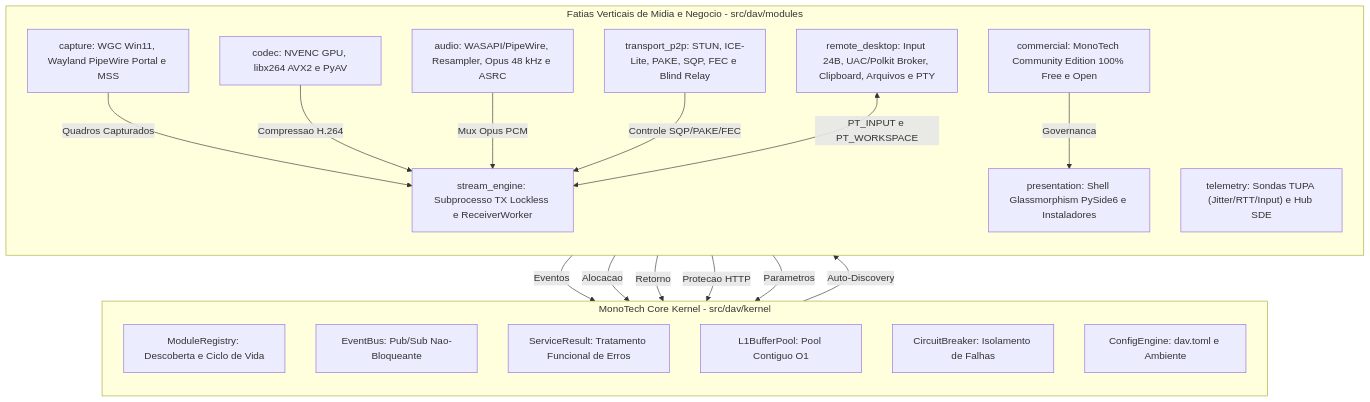
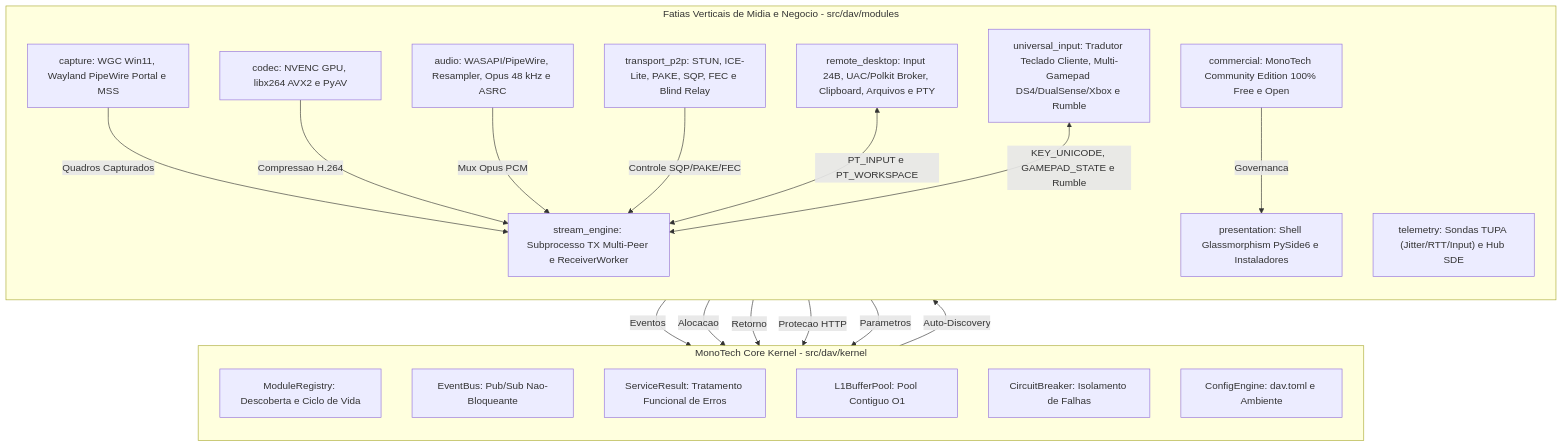
One commit to DanteFerraz/DA-V__Distribuidor_Aamplo-Video changed the first of 3 diagrams in README.md. Above: the diagram before and after it, drawn with Mermaid. The commit also changed other lines of this file and 44 other files, not shown here.

First line of the commit message:
feat(universal-input): lancar universalizador de entradas v5.1.0

````diff
--- a/README.md
+++ b/README.md
@@ -37,38 +37,40 @@
 ```mermaid
 flowchart TB
     subgraph KERNEL["MonoTech Core Kernel - src/dav/kernel"]
         direction TB
         REG["ModuleRegistry: Descoberta e Ciclo de Vida"]
         BUS["EventBus: Pub/Sub Nao-Bloqueante"]
         RES["ServiceResult: Tratamento Funcional de Erros"]
         POOL["L1BufferPool: Pool Contiguo O1"]
         CB["CircuitBreaker: Isolamento de Falhas"]
         CONF["ConfigEngine: dav.toml e Ambiente"]
     end
 
     subgraph SLICES["Fatias Verticais de Midia e Negocio - src/dav/modules"]
         direction TB
         CAP["capture: WGC Win11, Wayland PipeWire Portal e MSS"]
         COD["codec: NVENC GPU, libx264 AVX2 e PyAV"]
         NET["transport_p2p: STUN, ICE-Lite, PAKE, SQP, FEC e Blind Relay"]
         AUD["audio: WASAPI/PipeWire, Resampler, Opus 48 kHz e ASRC"]
-        ENG["stream_engine: Subprocesso TX Lockless e ReceiverWorker"]
+        ENG["stream_engine: Subprocesso TX Multi-Peer e ReceiverWorker"]
         REM["remote_desktop: Input 24B, UAC/Polkit Broker, Clipboard, Arquivos e PTY"]
+        UNI["universal_input: Tradutor Teclado Cliente, Multi-Gamepad DS4/DualSense/Xbox e Rumble"]
         COM["commercial: MonoTech Community Edition 100% Free e Open"]
         TEL["telemetry: Sondas TUPA (Jitter/RTT/Input) e Hub SDE"]
         UI["presentation: Shell Glassmorphism PySide6 e Instaladores"]
     end
 
     REG -->|"Auto-Discovery"| ENG
     CAP -->|"Quadros Capturados"| ENG
     COD -->|"Compressao H.264"| ENG
     AUD -->|"Mux Opus PCM"| ENG
     NET -->|"Controle SQP/PAKE/FEC"| ENG
     REM <-->|"PT_INPUT e PT_WORKSPACE"| ENG
+    UNI <-->|"KEY_UNICODE, GAMEPAD_STATE e Rumble"| ENG
     ENG -->|"Eventos"| BUS
     ENG -->|"Alocacao"| POOL
     ENG -->|"Retorno"| RES
     TEL -->|"Protecao HTTP"| CB
     UI -->|"Parametros"| CONF
     COM -->|"Governanca"| UI
 ```
````
